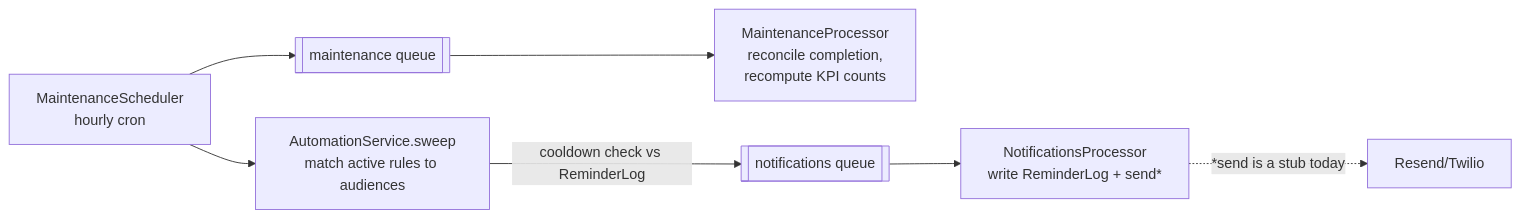
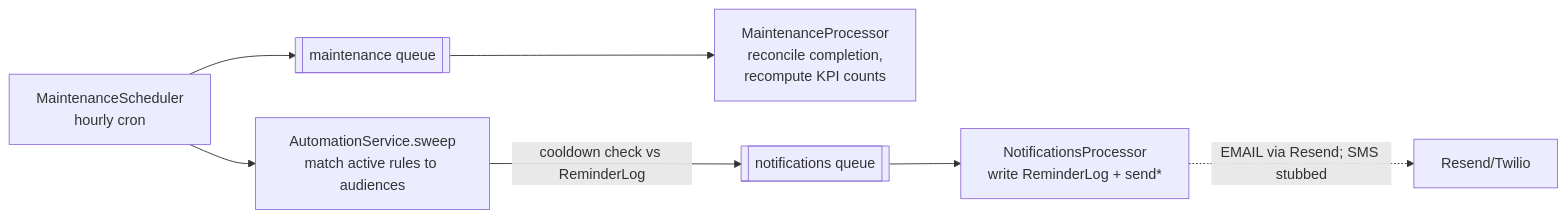
One commit to grsdevgroup-luminar/gls-learning changed the seventh of 7 diagrams in docs/SYSTEM_DESIGN.md. Above: the diagram before and after it, drawn with Mermaid. The commit also changed other lines of this file and 20 other files, not shown here.

````diff
--- a/docs/SYSTEM_DESIGN.md
+++ b/docs/SYSTEM_DESIGN.md
@@ -231,9 +231,9 @@
 ```mermaid
 flowchart LR
     SCHED[MaintenanceScheduler<br/>hourly cron] --> MQ[[maintenance queue]]
     MQ --> MP[MaintenanceProcessor<br/>reconcile completion,<br/>recompute KPI counts]
     SCHED --> SWEEP[AutomationService.sweep<br/>match active rules to audiences]
     SWEEP -->|cooldown check vs ReminderLog| NQ[[notifications queue]]
     NQ --> NP[NotificationsProcessor<br/>write ReminderLog + send*]
-    NP -.->|*send is a stub today| MAIL[Resend/Twilio]
+    NP -.->|EMAIL via Resend; SMS stubbed| MAIL[Resend/Twilio]
 ```
````
